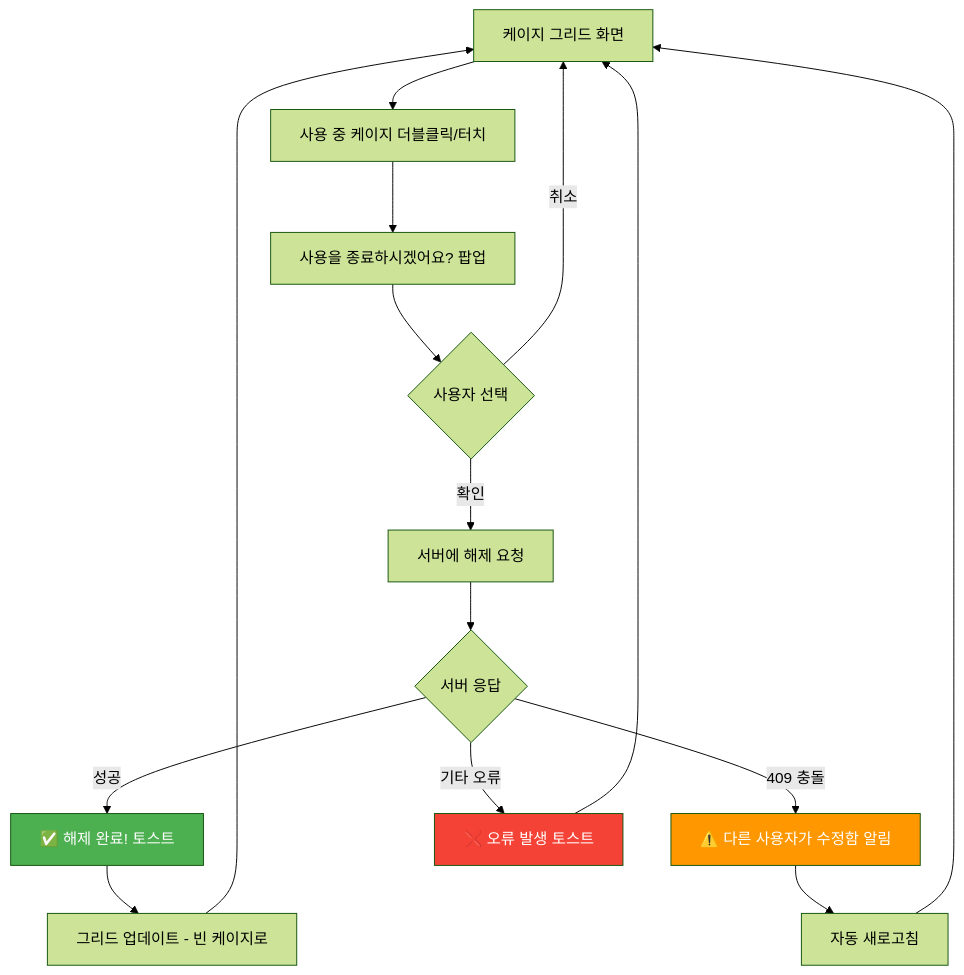
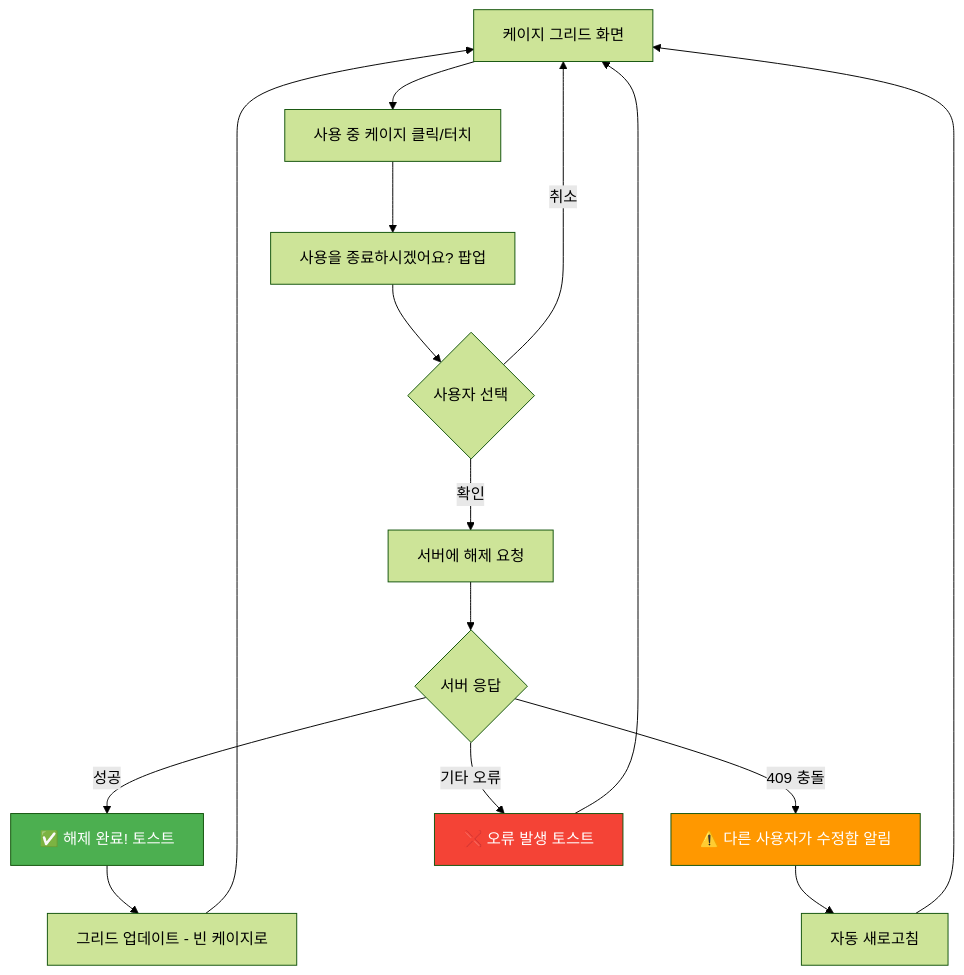
Before and after one commit to jtlee91/MSLab: the third of 9 diagrams in docs/03_UserFlow.md, drawn with Mermaid (forest theme). The commit also changed other lines of this file and 6 other files, not shown here.

````diff
--- a/docs/03_UserFlow.md
+++ b/docs/03_UserFlow.md
@@ -77,24 +80,24 @@
 ```mermaid
 graph TD
-    A[케이지 그리드 화면] --> B[사용 중 케이지 더블클릭/터치]
+    A[케이지 그리드 화면] --> B[사용 중 케이지 클릭/터치]
     B --> C["사용을 종료하시겠어요?" 팝업]
     C --> D{사용자 선택}
     D -->|확인| E[서버에 해제 요청]
     D -->|취소| A
     
     E --> F{서버 응답}
     F -->|성공| G["✅ 해제 완료!" 토스트]
     F -->|409 충돌| H["⚠️ 다른 사용자가 수정함" 알림]
     F -->|기타 오류| I["❌ 오류 발생" 토스트]
     
     G --> J[그리드 업데이트 - 빈 케이지로]
     H --> K[자동 새로고침]
     I --> A
     
     J --> A
     K --> A
 
     style G fill:#4CAF50,color:#fff
     style H fill:#FF9800,color:#fff
     style I fill:#F44336,color:#fff
 ```
````
